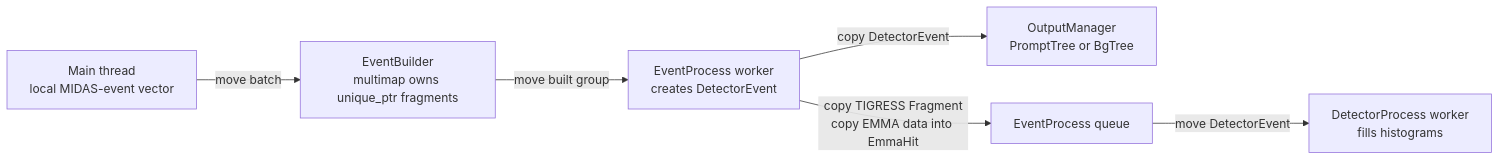
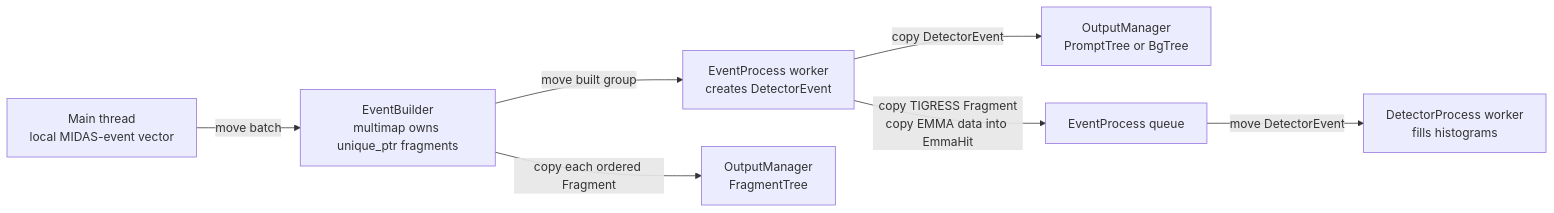
The second of 2 diagrams in README.md (RHYME11/S2426Sort), drawn with Mermaid before and after one commit. The commit also changed other lines of this file and 3 other files, not shown here.

Commit message:
Write time-ordered fragment tree

````diff
--- a/README.md
+++ b/README.md
@@ -460,8 +479,9 @@
 ```mermaid
 flowchart LR
   A["Main thread<br/>local MIDAS-event vector"] -->|"move batch"| B["EventBuilder<br/>multimap owns unique_ptr fragments"]
   B -->|"move built group"| C["EventProcess worker<br/>creates DetectorEvent"]
+  B -->|"copy each ordered Fragment"| G["OutputManager<br/>FragmentTree"]
   C -->|"copy DetectorEvent"| F["OutputManager<br/>PromptTree or BgTree"]
   C -->|"copy TIGRESS Fragment<br/>copy EMMA data into EmmaHit"| D["EventProcess queue"]
   D -->|"move DetectorEvent"| E["DetectorProcess worker<br/>fills histograms"]
 ```
````
